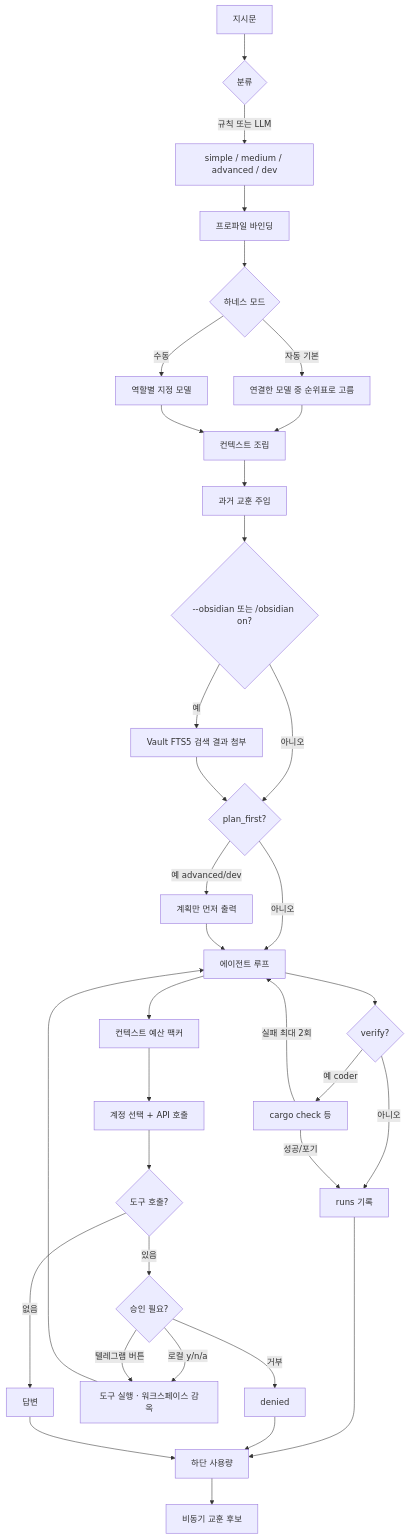
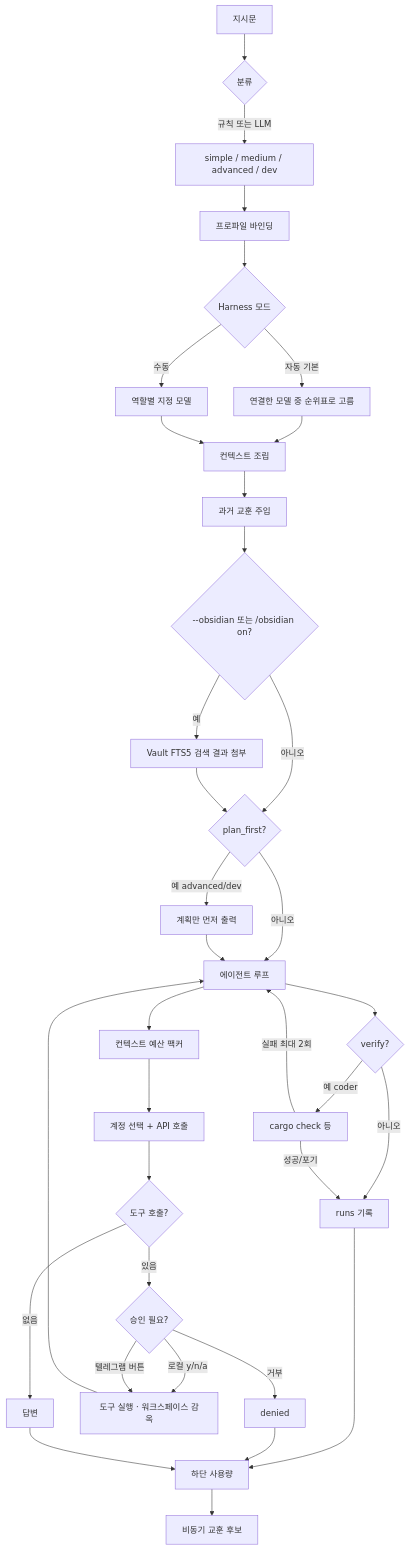
One commit to AIBeginnerX/RafikX changed the third of 8 diagrams in RAFIKX_WORKFLOW.md. Above: the diagram before and after it, drawn with Mermaid. The commit also changed other lines of this file and 4 other files, not shown here.

````diff
--- a/RAFIKX_WORKFLOW.md
+++ b/RAFIKX_WORKFLOW.md
@@ -86,44 +86,44 @@
 ```mermaid
 flowchart TD
     S[지시문] --> C1{분류}
     C1 -->|규칙 또는 LLM| C2[simple / medium / advanced / dev]
     C2 --> B1[프로파일 바인딩]
 
-    B1 --> B2{하네스 모드}
+    B1 --> B2{Harness 모드}
     B2 -->|자동 기본| B3[연결한 모델 중 순위표로 고름]
     B2 -->|수동| B4[역할별 지정 모델]
 
     B3 --> CTX
     B4 --> CTX
 
     CTX[컨텍스트 조립] --> LSN[과거 교훈 주입]
     LSN --> OBS{--obsidian 또는 /obsidian on?}
     OBS -->|예| OBS2[Vault FTS5 검색 결과 첨부]
     OBS -->|아니오| PLN
     OBS2 --> PLN
 
     PLN{plan_first?} -->|예 advanced/dev| PLN2[계획만 먼저 출력]
     PLN -->|아니오| RUN
     PLN2 --> RUN
 
     RUN[에이전트 루프] --> PACK[컨텍스트 예산 팩커]
     PACK --> ACC[계정 선택 + API 호출]
     ACC --> TOOL{도구 호출?}
     TOOL -->|없음| DONE[답변]
     TOOL -->|있음| APPR{승인 필요?}
     APPR -->|로컬 y/n/a| EXEC
     APPR -->|텔레그램 버튼| EXEC
     APPR -->|거부| DENY[denied]
     EXEC[도구 실행 · 워크스페이스 감옥] --> RUN
 
     RUN --> VER{verify?}
     VER -->|예 coder| VER2[cargo check 등]
     VER -->|아니오| SAVE
     VER2 -->|실패 최대 2회| RUN
     VER2 -->|성공/포기| SAVE
 
     SAVE[runs 기록] --> FOOT[하단 사용량]
     DENY --> FOOT
     DONE --> FOOT
     FOOT --> REFL[비동기 교훈 후보]
 ```
````
